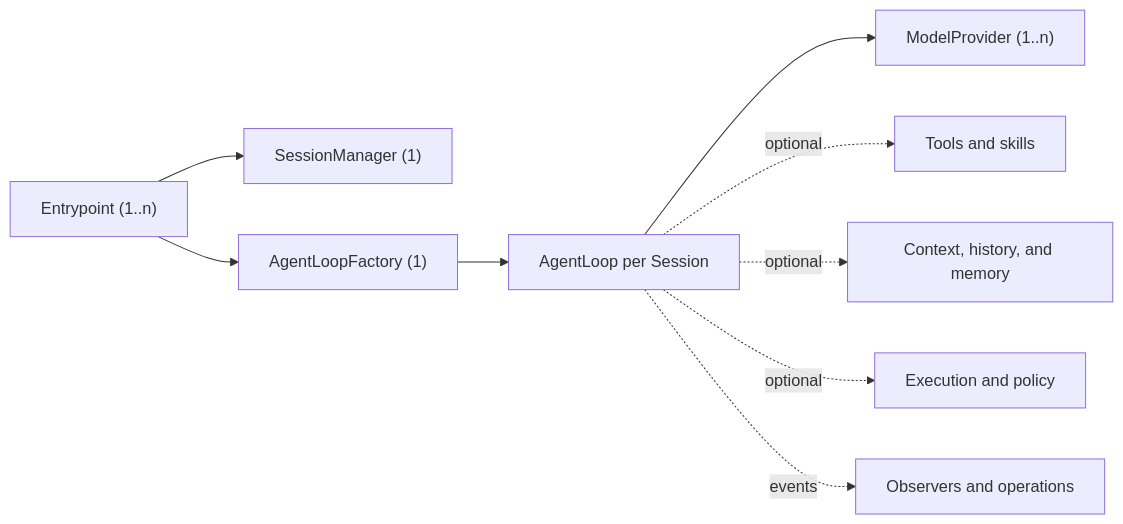
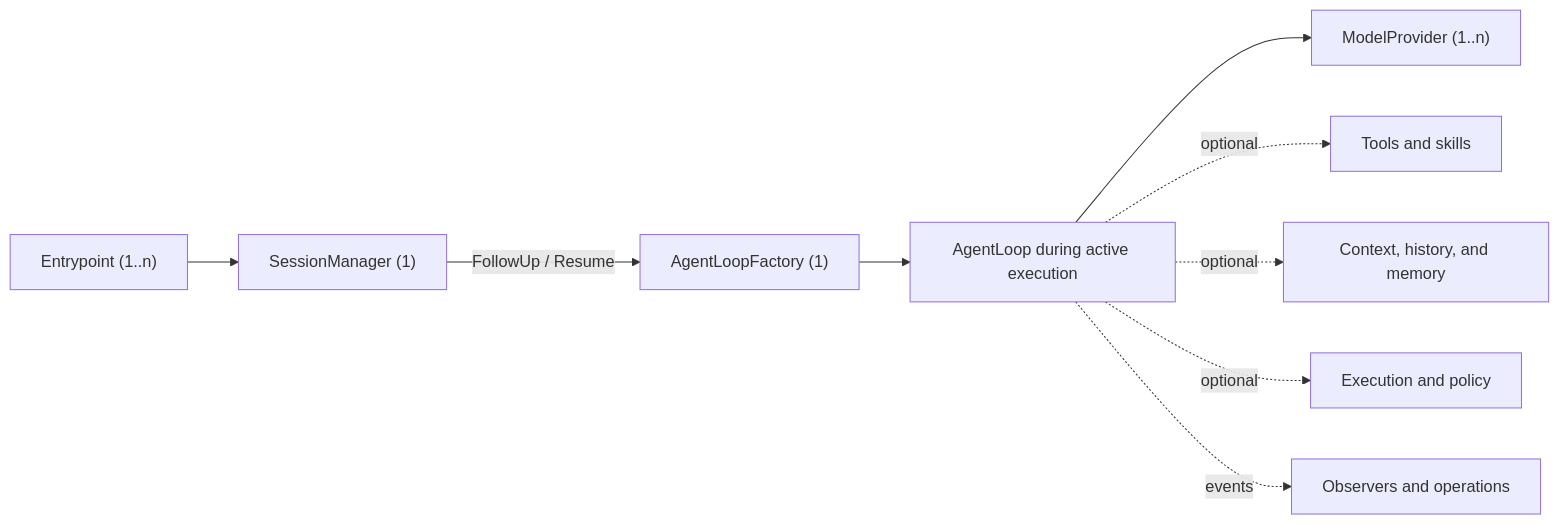
Before and after one commit to LyleLiu666/agentSlot: the diagram in COMPONENT_MAP.md, drawn with Mermaid. The commit also changed other lines of this file and 6 other files, not shown here.

````diff
--- a/COMPONENT_MAP.md
+++ b/COMPONENT_MAP.md
@@ -71,11 +73,11 @@
 ```mermaid
 flowchart LR
     E["Entrypoint (1..n)"] --> S["SessionManager (1)"]
-    E --> F["AgentLoopFactory (1)"]
-    F --> L["AgentLoop per Session"]
+    S -->|"FollowUp / Resume"| F["AgentLoopFactory (1)"]
+    F --> L["AgentLoop during active execution"]
     L --> M["ModelProvider (1..n)"]
     L -. "optional" .-> T["Tools and skills"]
     L -. "optional" .-> C["Context, history, and memory"]
     L -. "optional" .-> X["Execution and policy"]
     L -. "events" .-> O["Observers and operations"]
 ```
````
